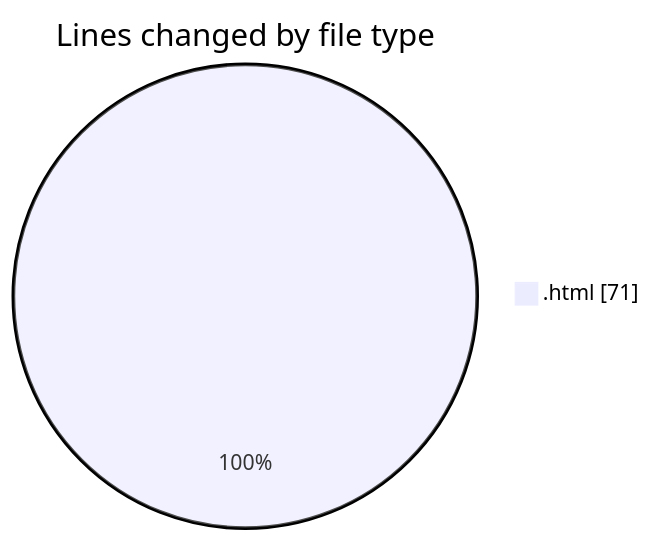
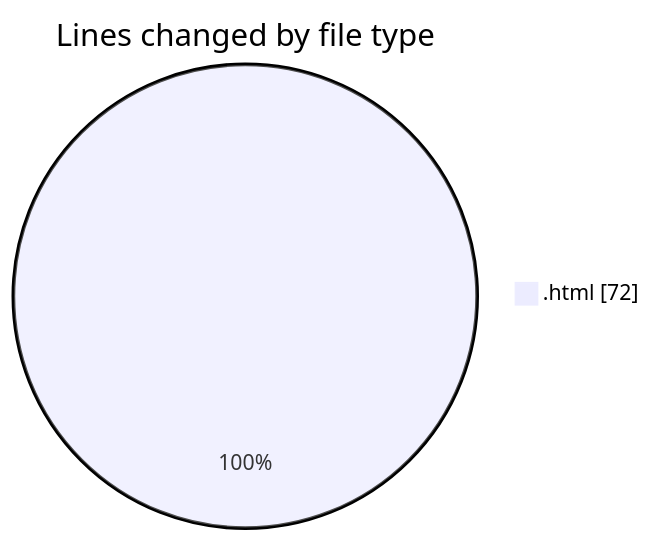
The first of 2 diagrams in 2025-01-09/nueva_carpeta/README.md (LanceThiago/code-tracking), drawn with Mermaid before and after one commit. The commit also changed other lines of this file and 1 other file, not shown here.

````diff
--- a/2025-01-09/nueva_carpeta/README.md
+++ b/2025-01-09/nueva_carpeta/README.md
@@ -20,5 +20,5 @@
 ```mermaid
 pie showData
 title Lines changed by file type
-".html" : 71
+".html" : 72
 ```
````
